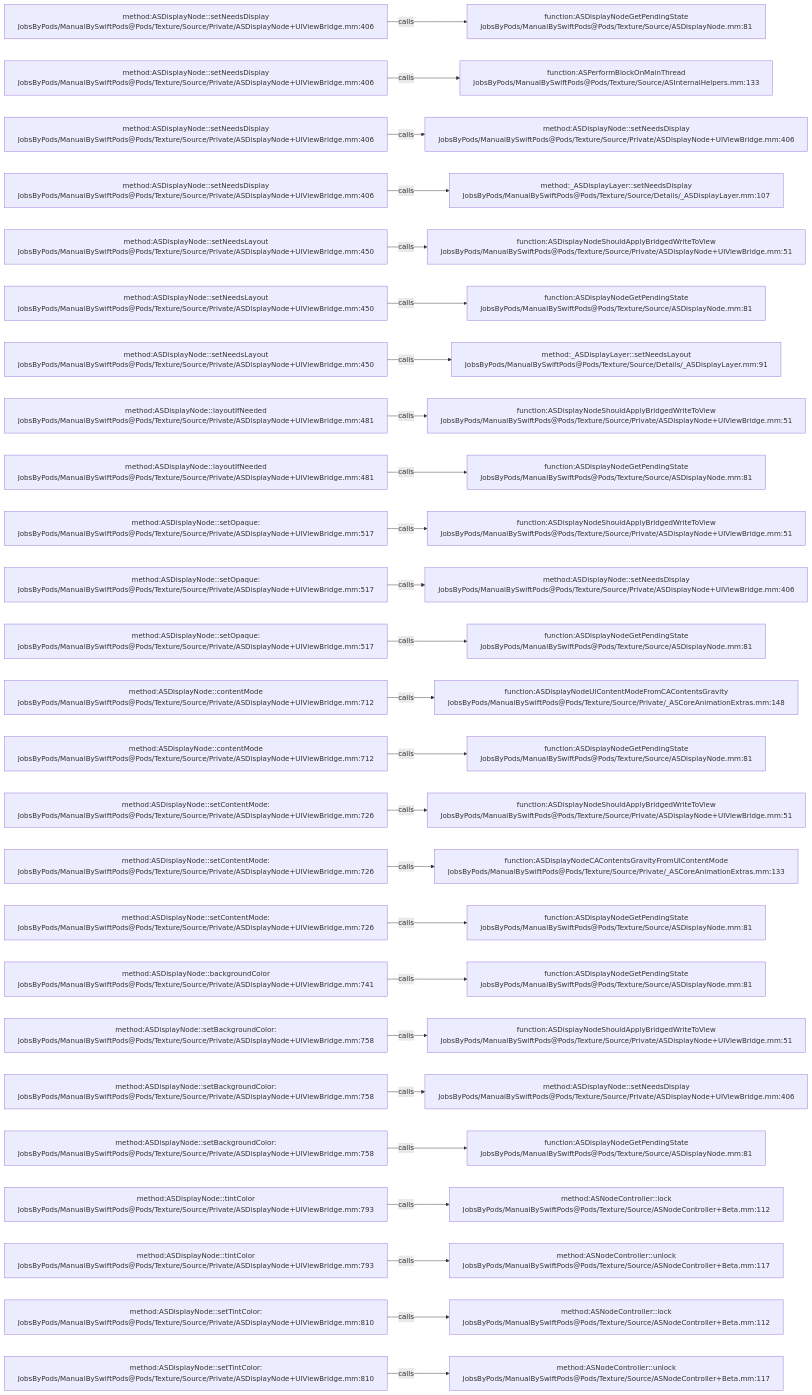
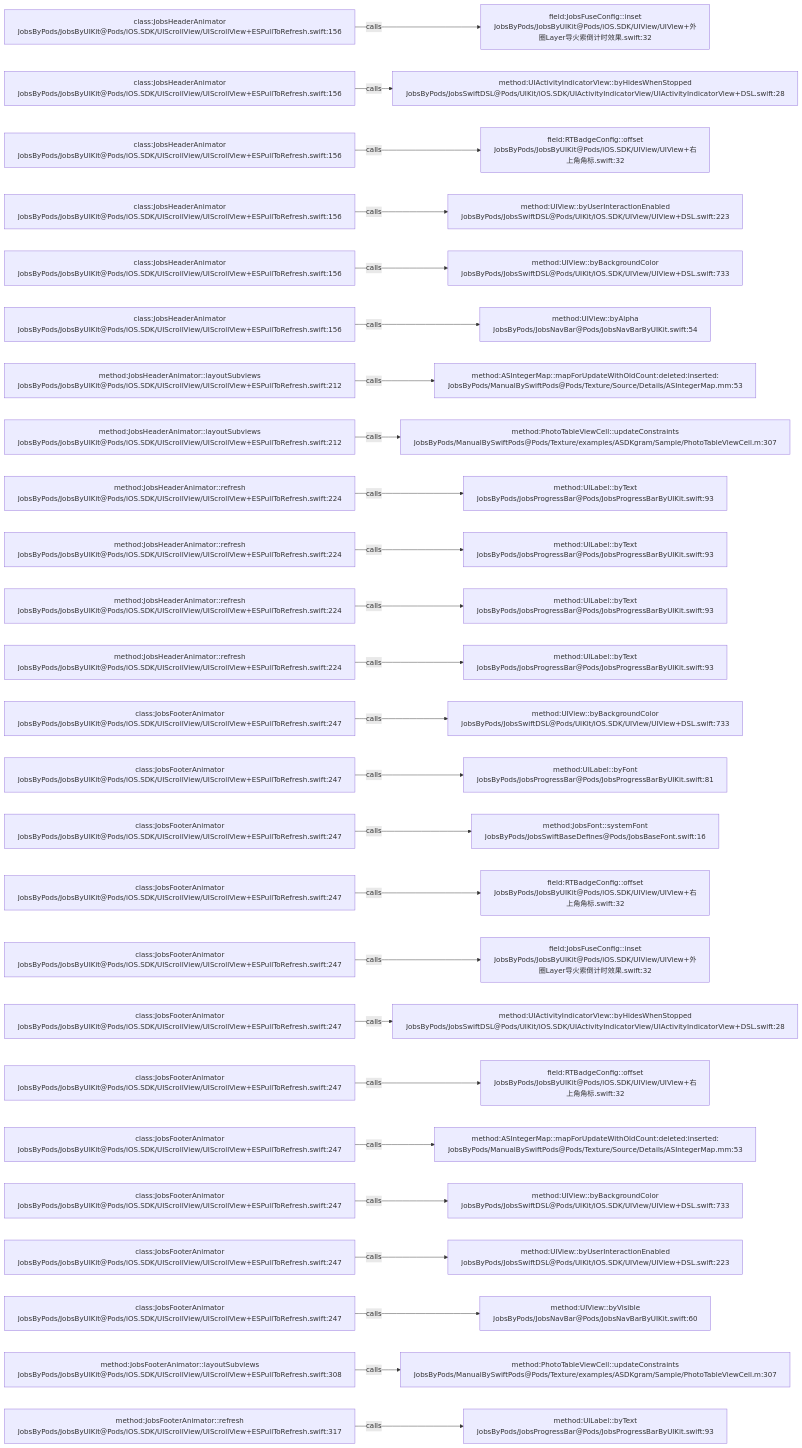
The diagram in .codegraph/codegraph.md/graphs/calls-119.md (JobsKits/JobsSwiftBaseConfigDemo), drawn with Mermaid before and after one commit. The commit also changed 224 other files, not shown here.

````diff
--- a/.codegraph/codegraph.md/graphs/calls-119.md
+++ b/.codegraph/codegraph.md/graphs/calls-119.md
@@ -13,78 +13,78 @@
 ```mermaid
 flowchart LR
-  S1["method:ASDisplayNode::setNeedsDisplay<br/>JobsByPods/ManualBySwiftPods@Pods/Texture/Source/Private/ASDisplayNode+UIViewBridge.mm:406"]
-  T1["function:ASDisplayNodeGetPendingState<br/>JobsByPods/ManualBySwiftPods@Pods/Texture/Source/ASDisplayNode.mm:81"]
+  S1["class:JobsHeaderAnimator<br/>JobsByPods/JobsByUIKit@Pods/iOS.SDK/UIScrollView/UIScrollView+ESPullToRefresh.swift:156"]
+  T1["field:JobsFuseConfig::inset<br/>JobsByPods/JobsByUIKit@Pods/iOS.SDK/UIView/UIView+外圈Layer导火索倒计时效果.swift:32"]
   S1 -->|calls| T1
-  S2["method:ASDisplayNode::setNeedsDisplay<br/>JobsByPods/ManualBySwiftPods@Pods/Texture/Source/Private/ASDisplayNode+UIViewBridge.mm:406"]
-  T2["function:ASPerformBlockOnMainThread<br/>JobsByPods/ManualBySwiftPods@Pods/Texture/Source/ASInternalHelpers.mm:133"]
+  S2["class:JobsHeaderAnimator<br/>JobsByPods/JobsByUIKit@Pods/iOS.SDK/UIScrollView/UIScrollView+ESPullToRefresh.swift:156"]
+  T2["method:UIActivityIndicatorView::byHidesWhenStopped<br/>JobsByPods/JobsSwiftDSL@Pods/UIKit/iOS.SDK/UIActivityIndicatorView/UIActivityIndicatorView+DSL.swift:28"]
   S2 -->|calls| T2
-  S3["method:ASDisplayNode::setNeedsDisplay<br/>JobsByPods/ManualBySwiftPods@Pods/Texture/Source/Private/ASDisplayNode+UIViewBridge.mm:406"]
-  T3["method:ASDisplayNode::setNeedsDisplay<br/>JobsByPods/ManualBySwiftPods@Pods/Texture/Source/Private/ASDisplayNode+UIViewBridge.mm:406"]
+  S3["class:JobsHeaderAnimator<br/>JobsByPods/JobsByUIKit@Pods/iOS.SDK/UIScrollView/UIScrollView+ESPullToRefresh.swift:156"]
+  T3["field:RTBadgeConfig::offset<br/>JobsByPods/JobsByUIKit@Pods/iOS.SDK/UIView/UIView+右上角角标.swift:32"]
   S3 -->|calls| T3
-  S4["method:ASDisplayNode::setNeedsDisplay<br/>JobsByPods/ManualBySwiftPods@Pods/Texture/Source/Private/ASDisplayNode+UIViewBridge.mm:406"]
-  T4["method:_ASDisplayLayer::setNeedsDisplay<br/>JobsByPods/ManualBySwiftPods@Pods/Texture/Source/Details/_ASDisplayLayer.mm:107"]
+  S4["class:JobsHeaderAnimator<br/>JobsByPods/JobsByUIKit@Pods/iOS.SDK/UIScrollView/UIScrollView+ESPullToRefresh.swift:156"]
+  T4["method:UIView::byUserInteractionEnabled<br/>JobsByPods/JobsSwiftDSL@Pods/UIKit/iOS.SDK/UIView/UIView+DSL.swift:223"]
   S4 -->|calls| T4
-  S5["method:ASDisplayNode::setNeedsLayout<br/>JobsByPods/ManualBySwiftPods@Pods/Texture/Source/Private/ASDisplayNode+UIViewBridge.mm:450"]
-  T5["function:ASDisplayNodeShouldApplyBridgedWriteToView<br/>JobsByPods/ManualBySwiftPods@Pods/Texture/Source/Private/ASDisplayNode+UIViewBridge.mm:51"]
+  S5["class:JobsHeaderAnimator<br/>JobsByPods/JobsByUIKit@Pods/iOS.SDK/UIScrollView/UIScrollView+ESPullToRefresh.swift:156"]
+  T5["method:UIView::byBackgroundColor<br/>JobsByPods/JobsSwiftDSL@Pods/UIKit/iOS.SDK/UIView/UIView+DSL.swift:733"]
   S5 -->|calls| T5
-  S6["method:ASDisplayNode::setNeedsLayout<br/>JobsByPods/ManualBySwiftPods@Pods/Texture/Source/Private/ASDisplayNode+UIViewBridge.mm:450"]
-  T6["function:ASDisplayNodeGetPendingState<br/>JobsByPods/ManualBySwiftPods@Pods/Texture/Source/ASDisplayNode.mm:81"]
+  S6["class:JobsHeaderAnimator<br/>JobsByPods/JobsByUIKit@Pods/iOS.SDK/UIScrollView/UIScrollView+ESPullToRefresh.swift:156"]
+  T6["method:UIView::byAlpha<br/>JobsByPods/JobsNavBar@Pods/JobsNavBarByUIKit.swift:54"]
   S6 -->|calls| T6
-  S7["method:ASDisplayNode::setNeedsLayout<br/>JobsByPods/ManualBySwiftPods@Pods/Texture/Source/Private/ASDisplayNode+UIViewBridge.mm:450"]
-  T7["method:_ASDisplayLayer::setNeedsLayout<br/>JobsByPods/ManualBySwiftPods@Pods/Texture/Source/Details/_ASDisplayLayer.mm:91"]
+  S7["method:JobsHeaderAnimator::layoutSubviews<br/>JobsByPods/JobsByUIKit@Pods/iOS.SDK/UIScrollView/UIScrollView+ESPullToRefresh.swift:212"]
+  T7["method:ASIntegerMap::mapForUpdateWithOldCount:deleted:inserted:<br/>JobsByPods/ManualBySwiftPods@Pods/Texture/Source/Details/ASIntegerMap.mm:53"]
   S7 -->|calls| T7
-  S8["method:ASDisplayNode::layoutIfNeeded<br/>JobsByPods/ManualBySwiftPods@Pods/Texture/Source/Private/ASDisplayNode+UIViewBridge.mm:481"]
-  T8["function:ASDisplayNodeShouldApplyBridgedWriteToView<br/>JobsByPods/ManualBySwiftPods@Pods/Texture/Source/Private/ASDisplayNode+UIViewBridge.mm:51"]
+  S8["method:JobsHeaderAnimator::layoutSubviews<br/>JobsByPods/JobsByUIKit@Pods/iOS.SDK/UIScrollView/UIScrollView+ESPullToRefresh.swift:212"]
+  T8["method:PhotoTableViewCell::updateConstraints<br/>JobsByPods/ManualBySwiftPods@Pods/Texture/examples/ASDKgram/Sample/PhotoTableViewCell.m:307"]
   S8 -->|calls| T8
-  S9["method:ASDisplayNode::layoutIfNeeded<br/>JobsByPods/ManualBySwiftPods@Pods/Texture/Source/Private/ASDisplayNode+UIViewBridge.mm:481"]
-  T9["function:ASDisplayNodeGetPendingState<br/>JobsByPods/ManualBySwiftPods@Pods/Texture/Source/ASDisplayNode.mm:81"]
+  S9["method:JobsHeaderAnimator::refresh<br/>JobsByPods/JobsByUIKit@Pods/iOS.SDK/UIScrollView/UIScrollView+ESPullToRefresh.swift:224"]
+  T9["method:UILabel::byText<br/>JobsByPods/JobsProgressBar@Pods/JobsProgressBarByUIKit.swift:93"]
   S9 -->|calls| T9
-  S10["method:ASDisplayNode::setOpaque:<br/>JobsByPods/ManualBySwiftPods@Pods/Texture/Source/Private/ASDisplayNode+UIViewBridge.mm:517"]
-  T10["function:ASDisplayNodeShouldApplyBridgedWriteToView<br/>JobsByPods/ManualBySwiftPods@Pods/Texture/Source/Private/ASDisplayNode+UIViewBridge.mm:51"]
+  S10["method:JobsHeaderAnimator::refresh<br/>JobsByPods/JobsByUIKit@Pods/iOS.SDK/UIScrollView/UIScrollView+ESPullToRefresh.swift:224"]
+  T10["method:UILabel::byText<br/>JobsByPods/JobsProgressBar@Pods/JobsProgressBarByUIKit.swift:93"]
   S10 -->|calls| T10
-  S11["method:ASDisplayNode::setOpaque:<br/>JobsByPods/ManualBySwiftPods@Pods/Texture/Source/Private/ASDisplayNode+UIViewBridge.mm:517"]
-  T11["method:ASDisplayNode::setNeedsDisplay<br/>JobsByPods/ManualBySwiftPods@Pods/Texture/Source/Private/ASDisplayNode+UIViewBridge.mm:406"]
+  S11["method:JobsHeaderAnimator::refresh<br/>JobsByPods/JobsByUIKit@Pods/iOS.SDK/UIScrollView/UIScrollView+ESPullToRefresh.swift:224"]
+  T11["method:UILabel::byText<br/>JobsByPods/JobsProgressBar@Pods/JobsProgressBarByUIKit.swift:93"]
   S11 -->|calls| T11
-  S12["method:ASDisplayNode::setOpaque:<br/>JobsByPods/ManualBySwiftPods@Pods/Texture/Source/Private/ASDisplayNode+UIViewBridge.mm:517"]
-  T12["function:ASDisplayNodeGetPendingState<br/>JobsByPods/ManualBySwiftPods@Pods/Texture/Source/ASDisplayNode.mm:81"]
+  S12["method:JobsHeaderAnimator::refresh<br/>JobsByPods/JobsByUIKit@Pods/iOS.SDK/UIScrollView/UIScrollView+ESPullToRefresh.swift:224"]
+  T12["method:UILabel::byText<br/>JobsByPods/JobsProgressBar@Pods/JobsProgressBarByUIKit.swift:93"]
   S12 -->|calls| T12
-  S13["method:ASDisplayNode::contentMode<br/>JobsByPods/ManualBySwiftPods@Pods/Texture/Source/Private/ASDisplayNode+UIViewBridge.mm:712"]
-  T13["function:ASDisplayNodeUIContentModeFromCAContentsGravity<br/>JobsByPods/ManualBySwiftPods@Pods/Texture/Source/Private/_ASCoreAnimationExtras.mm:148"]
+  S13["class:JobsFooterAnimator<br/>JobsByPods/JobsByUIKit@Pods/iOS.SDK/UIScrollView/UIScrollView+ESPullToRefresh.swift:247"]
+  T13["method:UIView::byBackgroundColor<br/>JobsByPods/JobsSwiftDSL@Pods/UIKit/iOS.SDK/UIView/UIView+DSL.swift:733"]
   S13 -->|calls| T13
-  S14["method:ASDisplayNode::contentMode<br/>JobsByPods/ManualBySwiftPods@Pods/Texture/Source/Private/ASDisplayNode+UIViewBridge.mm:712"]
-  T14["function:ASDisplayNodeGetPendingState<br/>JobsByPods/ManualBySwiftPods@Pods/Texture/Source/ASDisplayNode.mm:81"]
+  S14["class:JobsFooterAnimator<br/>JobsByPods/JobsByUIKit@Pods/iOS.SDK/UIScrollView/UIScrollView+ESPullToRefresh.swift:247"]
+  T14["method:UILabel::byFont<br/>JobsByPods/JobsProgressBar@Pods/JobsProgressBarByUIKit.swift:81"]
   S14 -->|calls| T14
-  S15["method:ASDisplayNode::setContentMode:<br/>JobsByPods/ManualBySwiftPods@Pods/Texture/Source/Private/ASDisplayNode+UIViewBridge.mm:726"]
-  T15["function:ASDisplayNodeShouldApplyBridgedWriteToView<br/>JobsByPods/ManualBySwiftPods@Pods/Texture/Source/Private/ASDisplayNode+UIViewBridge.mm:51"]
+  S15["class:JobsFooterAnimator<br/>JobsByPods/JobsByUIKit@Pods/iOS.SDK/UIScrollView/UIScrollView+ESPullToRefresh.swift:247"]
+  T15["method:JobsFont::systemFont<br/>JobsByPods/JobsSwiftBaseDefines@Pods/JobsBaseFont.swift:16"]
   S15 -->|calls| T15
-  S16["method:ASDisplayNode::setContentMode:<br/>JobsByPods/ManualBySwiftPods@Pods/Texture/Source/Private/ASDisplayNode+UIViewBridge.mm:726"]
-  T16["function:ASDisplayNodeCAContentsGravityFromUIContentMode<br/>JobsByPods/ManualBySwiftPods@Pods/Texture/Source/Private/_ASCoreAnimationExtras.mm:133"]
+  S16["class:JobsFooterAnimator<br/>JobsByPods/JobsByUIKit@Pods/iOS.SDK/UIScrollView/UIScrollView+ESPullToRefresh.swift:247"]
+  T16["field:RTBadgeConfig::offset<br/>JobsByPods/JobsByUIKit@Pods/iOS.SDK/UIView/UIView+右上角角标.swift:32"]
   S16 -->|calls| T16
-  S17["method:ASDisplayNode::setContentMode:<br/>JobsByPods/ManualBySwiftPods@Pods/Texture/Source/Private/ASDisplayNode+UIViewBridge.mm:726"]
-  T17["function:ASDisplayNodeGetPendingState<br/>JobsByPods/ManualBySwiftPods@Pods/Texture/Source/ASDisplayNode.mm:81"]
+  S17["class:JobsFooterAnimator<br/>JobsByPods/JobsByUIKit@Pods/iOS.SDK/UIScrollView/UIScrollView+ESPullToRefresh.swift:247"]
+  T17["field:JobsFuseConfig::inset<br/>JobsByPods/JobsByUIKit@Pods/iOS.SDK/UIView/UIView+外圈Layer导火索倒计时效果.swift:32"]
   S17 -->|calls| T17
-  S18["method:ASDisplayNode::backgroundColor<br/>JobsByPods/ManualBySwiftPods@Pods/Texture/Source/Private/ASDisplayNode+UIViewBridge.mm:741"]
-  T18["function:ASDisplayNodeGetPendingState<br/>JobsByPods/ManualBySwiftPods@Pods/Texture/Source/ASDisplayNode.mm:81"]
+  S18["class:JobsFooterAnimator<br/>JobsByPods/JobsByUIKit@Pods/iOS.SDK/UIScrollView/UIScrollView+ESPullToRefresh.swift:247"]
+  T18["method:UIActivityIndicatorView::byHidesWhenStopped<br/>JobsByPods/JobsSwiftDSL@Pods/UIKit/iOS.SDK/UIActivityIndicatorView/UIActivityIndicatorView+DSL.swift:28"]
   S18 -->|calls| T18
-  S19["method:ASDisplayNode::setBackgroundColor:<br/>JobsByPods/ManualBySwiftPods@Pods/Texture/Source/Private/ASDisplayNode+UIViewBridge.mm:758"]
-  T19["function:ASDisplayNodeShouldApplyBridgedWriteToView<br/>JobsByPods/ManualBySwiftPods@Pods/Texture/Source/Private/ASDisplayNode+UIViewBridge.mm:51"]
+  S19["class:JobsFooterAnimator<br/>JobsByPods/JobsByUIKit@Pods/iOS.SDK/UIScrollView/UIScrollView+ESPullToRefresh.swift:247"]
+  T19["field:RTBadgeConfig::offset<br/>JobsByPods/JobsByUIKit@Pods/iOS.SDK/UIView/UIView+右上角角标.swift:32"]
   S19 -->|calls| T19
-  S20["method:ASDisplayNode::setBackgroundColor:<br/>JobsByPods/ManualBySwiftPods@Pods/Texture/Source/Private/ASDisplayNode+UIViewBridge.mm:758"]
-  T20["method:ASDisplayNode::setNeedsDisplay<br/>JobsByPods/ManualBySwiftPods@Pods/Texture/Source/Private/ASDisplayNode+UIViewBridge.mm:406"]
+  S20["class:JobsFooterAnimator<br/>JobsByPods/JobsByUIKit@Pods/iOS.SDK/UIScrollView/UIScrollView+ESPullToRefresh.swift:247"]
+  T20["method:ASIntegerMap::mapForUpdateWithOldCount:deleted:inserted:<br/>JobsByPods/ManualBySwiftPods@Pods/Texture/Source/Details/ASIntegerMap.mm:53"]
   S20 -->|calls| T20
-  S21["method:ASDisplayNode::setBackgroundColor:<br/>JobsByPods/ManualBySwiftPods@Pods/Texture/Source/Private/ASDisplayNode+UIViewBridge.mm:758"]
-  T21["function:ASDisplayNodeGetPendingState<br/>JobsByPods/ManualBySwiftPods@Pods/Texture/Source/ASDisplayNode.mm:81"]
+  S21["class:JobsFooterAnimator<br/>JobsByPods/JobsByUIKit@Pods/iOS.SDK/UIScrollView/UIScrollView+ESPullToRefresh.swift:247"]
+  T21["method:UIView::byBackgroundColor<br/>JobsByPods/JobsSwiftDSL@Pods/UIKit/iOS.SDK/UIView/UIView+DSL.swift:733"]
   S21 -->|calls| T21
-  S22["method:ASDisplayNode::tintColor<br/>JobsByPods/ManualBySwiftPods@Pods/Texture/Source/Private/ASDisplayNode+UIViewBridge.mm:793"]
-  T22["method:ASNodeController::lock<br/>JobsByPods/ManualBySwiftPods@Pods/Texture/Source/ASNodeController+Beta.mm:112"]
+  S22["class:JobsFooterAnimator<br/>JobsByPods/JobsByUIKit@Pods/iOS.SDK/UIScrollView/UIScrollView+ESPullToRefresh.swift:247"]
+  T22["method:UIView::byUserInteractionEnabled<br/>JobsByPods/JobsSwiftDSL@Pods/UIKit/iOS.SDK/UIView/UIView+DSL.swift:223"]
   S22 -->|calls| T22
-  S23["method:ASDisplayNode::tintColor<br/>JobsByPods/ManualBySwiftPods@Pods/Texture/Source/Private/ASDisplayNode+UIViewBridge.mm:793"]
-  T23["method:ASNodeController::unlock<br/>JobsByPods/ManualBySwiftPods@Pods/Texture/Source/ASNodeController+Beta.mm:117"]
+  S23["class:JobsFooterAnimator<br/>JobsByPods/JobsByUIKit@Pods/iOS.SDK/UIScrollView/UIScrollView+ESPullToRefresh.swift:247"]
+  T23["method:UIView::byVisible<br/>JobsByPods/JobsNavBar@Pods/JobsNavBarByUIKit.swift:60"]
   S23 -->|calls| T23
-  S24["method:ASDisplayNode::setTintColor:<br/>JobsByPods/ManualBySwiftPods@Pods/Texture/Source/Private/ASDisplayNode+UIViewBridge.mm:810"]
-  T24["method:ASNodeController::lock<br/>JobsByPods/ManualBySwiftPods@Pods/Texture/Source/ASNodeController+Beta.mm:112"]
+  S24["method:JobsFooterAnimator::layoutSubviews<br/>JobsByPods/JobsByUIKit@Pods/iOS.SDK/UIScrollView/UIScrollView+ESPullToRefresh.swift:308"]
+  T24["method:PhotoTableViewCell::updateConstraints<br/>JobsByPods/ManualBySwiftPods@Pods/Texture/examples/ASDKgram/Sample/PhotoTableViewCell.m:307"]
   S24 -->|calls| T24
-  S25["method:ASDisplayNode::setTintColor:<br/>JobsByPods/ManualBySwiftPods@Pods/Texture/Source/Private/ASDisplayNode+UIViewBridge.mm:810"]
-  T25["method:ASNodeController::unlock<br/>JobsByPods/ManualBySwiftPods@Pods/Texture/Source/ASNodeController+Beta.mm:117"]
+  S25["method:JobsFooterAnimator::refresh<br/>JobsByPods/JobsByUIKit@Pods/iOS.SDK/UIScrollView/UIScrollView+ESPullToRefresh.swift:317"]
+  T25["method:UILabel::byText<br/>JobsByPods/JobsProgressBar@Pods/JobsProgressBarByUIKit.swift:93"]
   S25 -->|calls| T25
 ```
````
